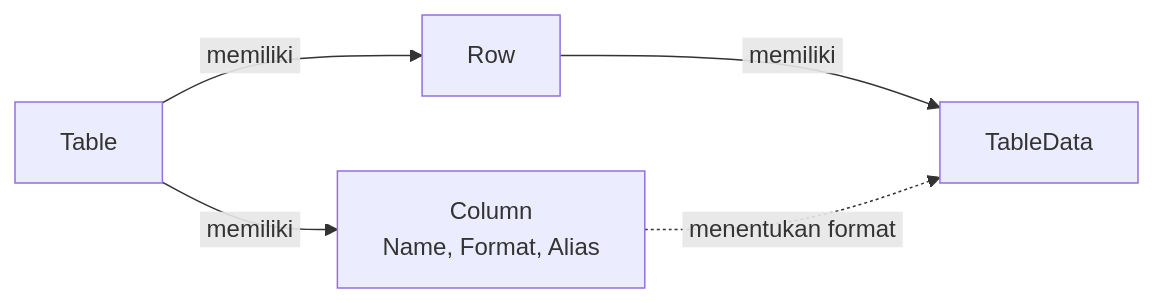
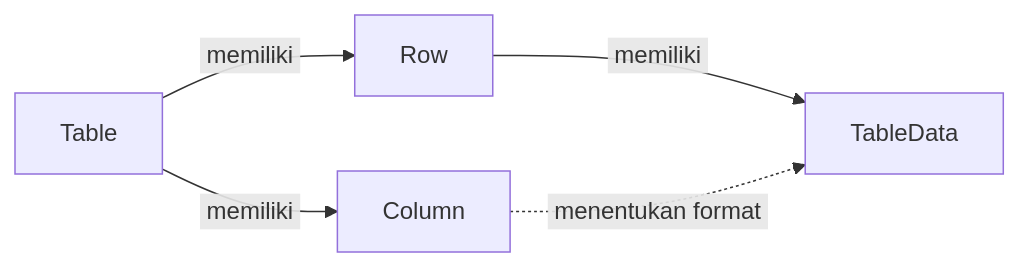
Before and after one commit to ginalne/phoenix-docs: the first of 2 diagrams in Docs/Modul Data/Table/Apa itu Table.md, drawn with Mermaid. The commit also changed other lines of this file and 1 other file, not shown here.

````diff
--- a/Docs/Modul Data/Table/Apa itu Table.md
+++ b/Docs/Modul Data/Table/Apa itu Table.md
@@ -45,7 +48,7 @@
 ```mermaid
 flowchart LR
-  T["Table"] -->|&nbsp;memiliki&nbsp;| C["Column<br/>Name, Format, Alias"]
+  T["Table"] -->|&nbsp;memiliki&nbsp;| C["Column<br/>"]
   T -->|&nbsp;memiliki&nbsp;| R["Row"]
   R -->|&nbsp;memiliki&nbsp;| D["TableData"]
   C -.->|&nbsp;menentukan format&nbsp;| D
 ```
````
